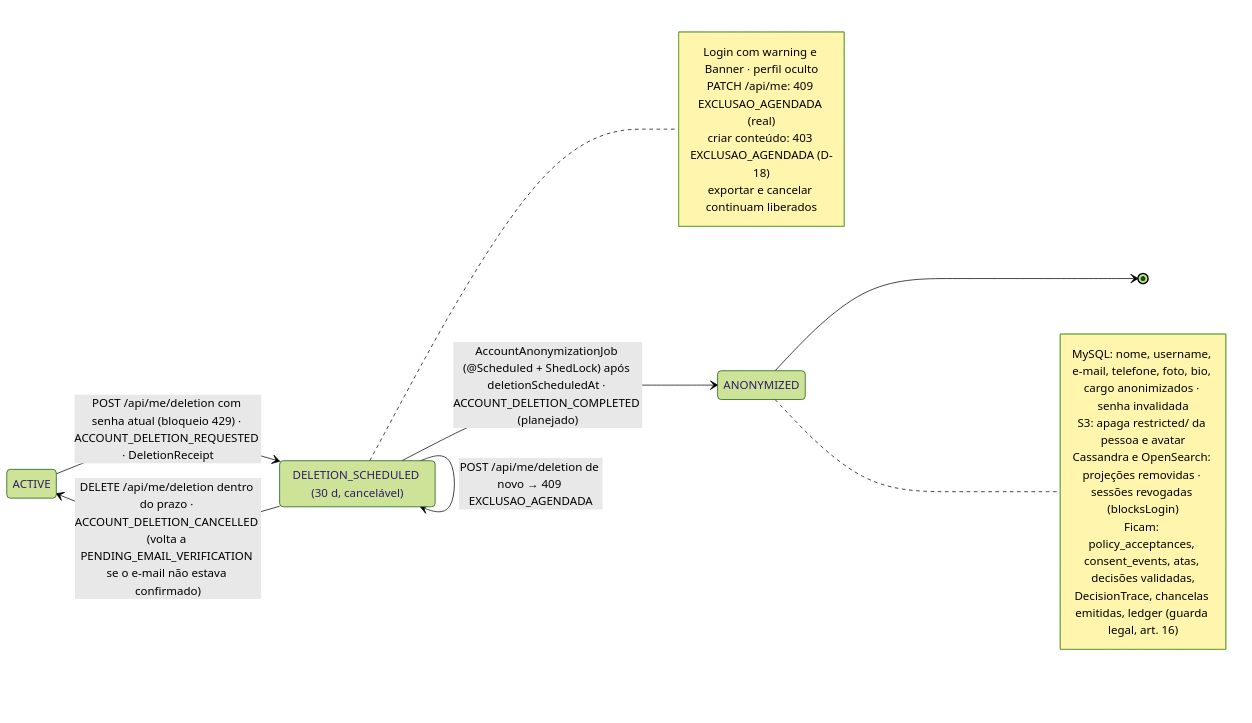
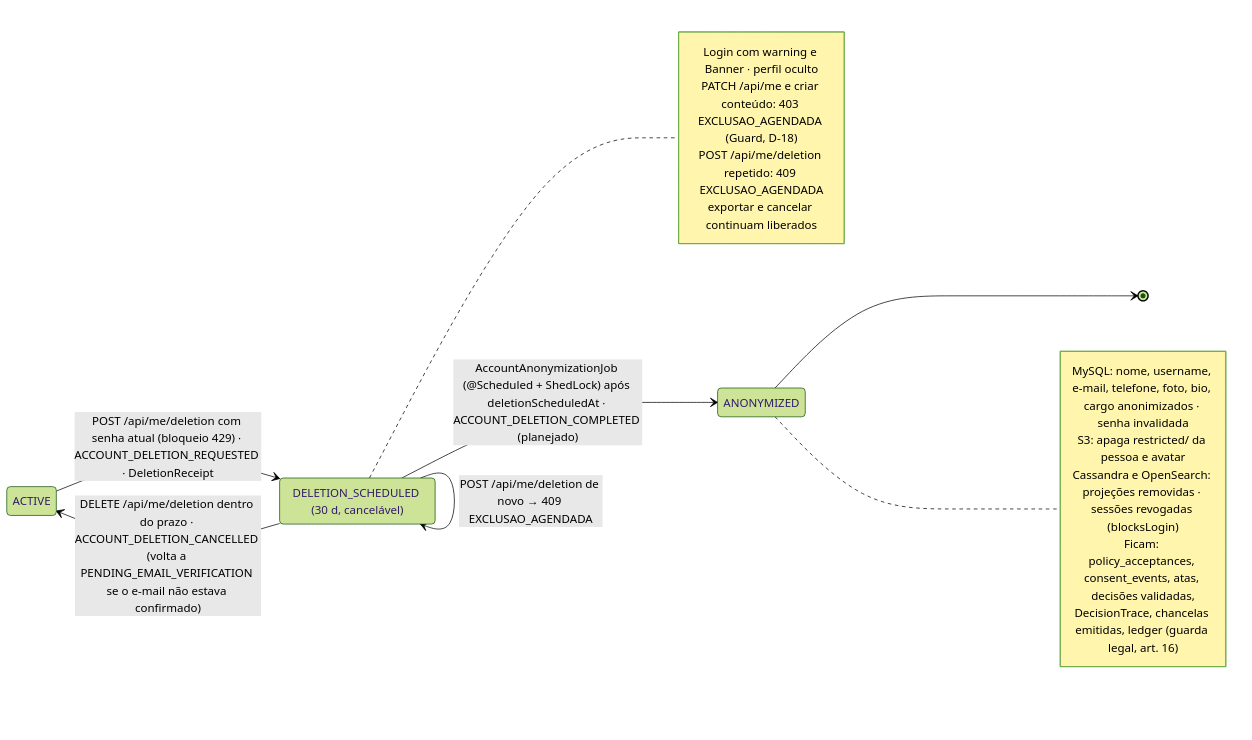
One commit to MatheusHaliski/Decia-app-2026 changed the seventh of 7 diagrams in docs/diagramas/RF3/README.md. Above: the diagram before and after it, drawn with Mermaid (forest theme). The commit also changed other lines of this file and 2 other files, not shown here.

First line of the commit message:
docs(diagramas): alinha RF1–RF3 ao Bloco 3 mesclado na main (D-24…D-27, Q-82…Q-89)

````diff
--- a/docs/diagramas/RF3/README.md
+++ b/docs/diagramas/RF3/README.md
@@ -603,26 +603,26 @@
 ```mermaid
 stateDiagram-v2
   direction LR
   state "ACTIVE" as ACT
   state "DELETION_SCHEDULED (30 d, cancelável)" as DEL
   state "ANONYMIZED" as ANO
 
   ACT --> DEL : POST /api/me/deletion com senha atual (bloqueio 429) · ACCOUNT_DELETION_REQUESTED · DeletionReceipt
   DEL --> ACT : DELETE /api/me/deletion dentro do prazo · ACCOUNT_DELETION_CANCELLED (volta a PENDING_EMAIL_VERIFICATION se o e-mail não estava confirmado)
   DEL --> DEL : POST /api/me/deletion de novo → 409 EXCLUSAO_AGENDADA
   DEL --> ANO : AccountAnonymizationJob (@Scheduled + ShedLock) após deletionScheduledAt · ACCOUNT_DELETION_COMPLETED (planejado)
   ANO --> [*]
   note right of DEL
     Login com warning e Banner · perfil oculto
-    PATCH /api/me: 409 EXCLUSAO_AGENDADA (real)
-    criar conteúdo: 403 EXCLUSAO_AGENDADA (D-18)
+    PATCH /api/me e criar conteúdo: 403 EXCLUSAO_AGENDADA (Guard, D-18)
+    POST /api/me/deletion repetido: 409 EXCLUSAO_AGENDADA
     exportar e cancelar continuam liberados
   end note
   note right of ANO
     MySQL: nome, username, e-mail, telefone, foto, bio, cargo anonimizados · senha invalidada
     S3: apaga restricted/ da pessoa e avatar
     Cassandra e OpenSearch: projeções removidas · sessões revogadas (blocksLogin)
     Ficam: policy_acceptances, consent_events, atas, decisões validadas,
     DecisionTrace, chancelas emitidas, ledger (guarda legal, art. 16)
   end note
 ```
````
